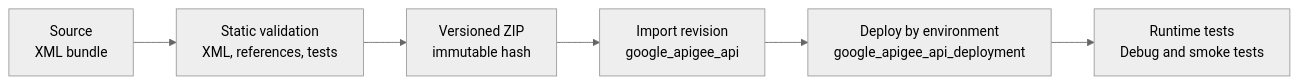
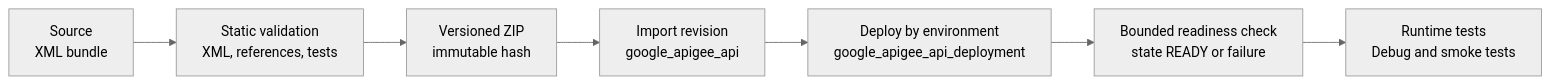
The diagram in docs/en/deployment-lifecycle.md (rodri-oliveira-dev/apigee-architecture-lab), drawn with Mermaid (neutral theme) before and after one commit. The commit also changed other lines of this file and 3 other files, not shown here.

Commit message:
docs: add bounded Apigee readiness check

````diff
--- a/docs/en/deployment-lifecycle.md
+++ b/docs/en/deployment-lifecycle.md
@@ -7,8 +7,9 @@
 ```mermaid
 flowchart LR
     S[Source<br/>XML bundle] --> V[Static validation<br/>XML, references, tests]
     V --> Z[Versioned ZIP<br/>immutable hash]
     Z --> I[Import revision<br/>google_apigee_api]
     I --> D[Deploy by environment<br/>google_apigee_api_deployment]
-    D --> R[Runtime tests<br/>Debug and smoke tests]
+    D --> W[Bounded readiness check<br/>state READY or failure]
+    W --> R[Runtime tests<br/>Debug and smoke tests]
 ```
````
